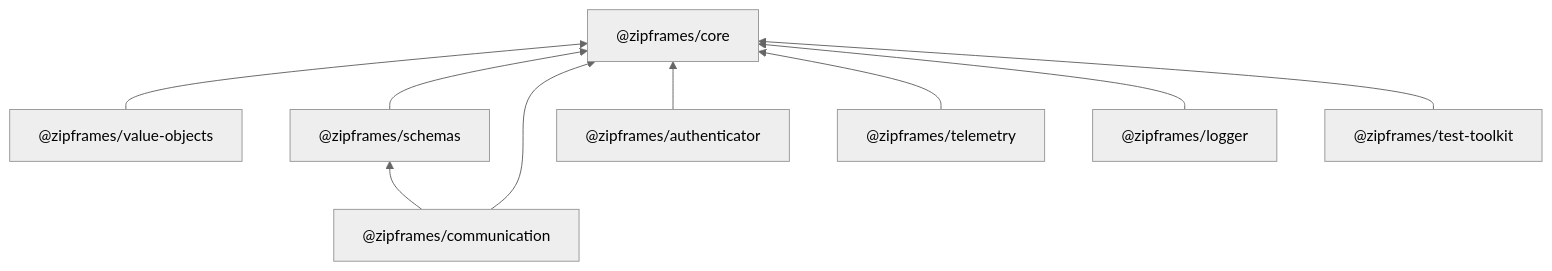
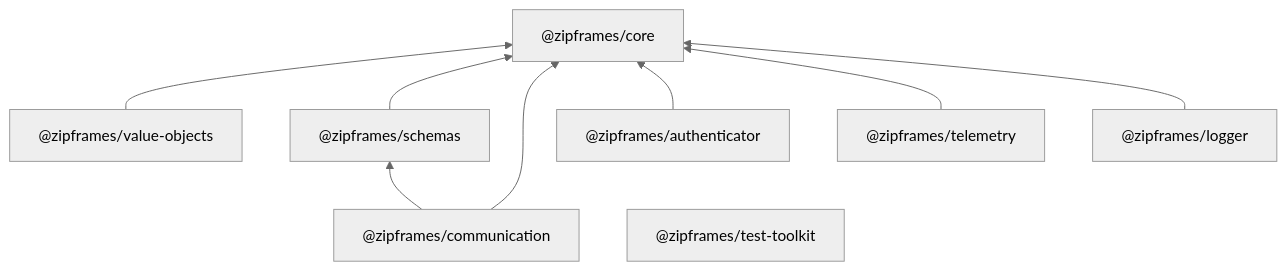
One commit to zipframes/zipframes-packages changed the diagram in docs/estrutura.md. Above: the diagram before and after it, drawn with Mermaid (neutral theme). The commit also changed other lines of this file and 15 other files, not shown here.

````diff
--- a/docs/estrutura.md
+++ b/docs/estrutura.md
@@ -21,20 +21,19 @@
 ```mermaid
 flowchart BT
   core["@zipframes/core"]
   vo["@zipframes/value-objects"]
   schemas["@zipframes/schemas"]
   comm["@zipframes/communication"]
   logger["@zipframes/logger"]
   telemetry["@zipframes/telemetry"]
   auth["@zipframes/authenticator"]
   toolkit["@zipframes/test-toolkit"]
 
   vo --> core
   schemas --> core
   comm --> core
   comm --> schemas
   auth --> core
   telemetry --> core
   logger --> core
-  toolkit --> core
 ```
````
